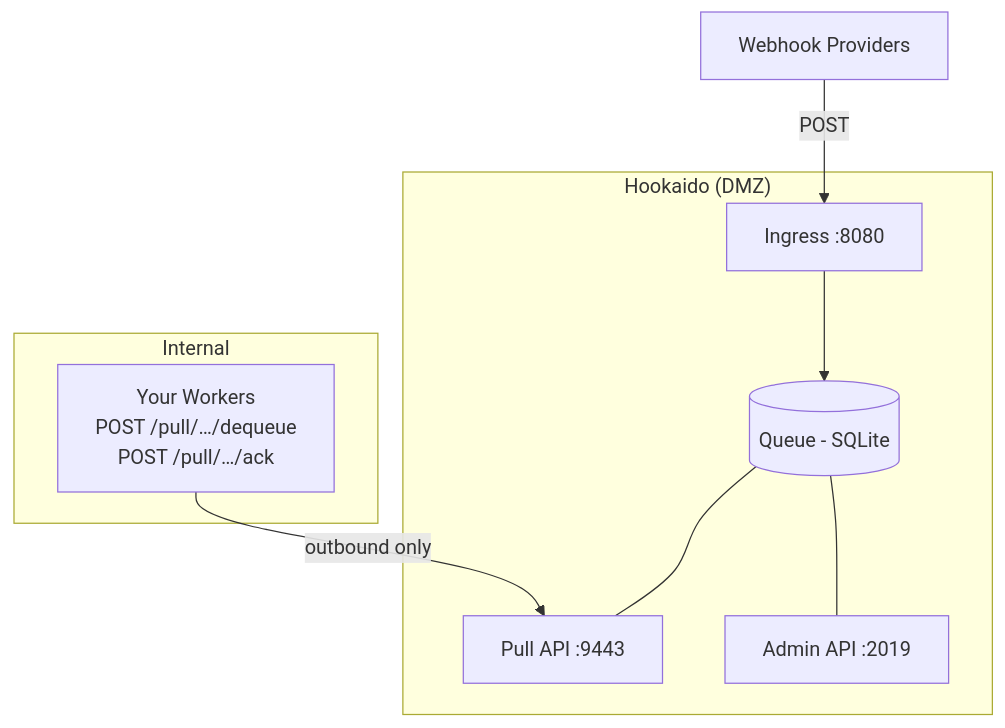
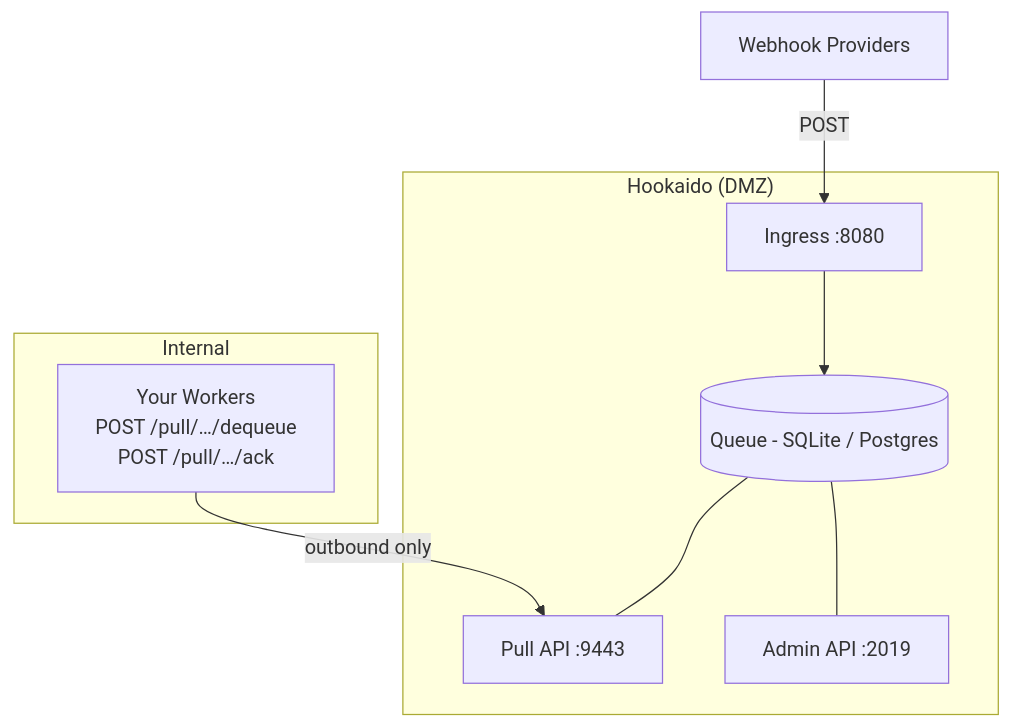
Before and after one commit to nuetzliches/hookaido: the first of 2 diagrams in docs/deployment-modes.md, drawn with Mermaid. The commit also changed 5 other files, not shown here.

````diff
--- a/docs/deployment-modes.md
+++ b/docs/deployment-modes.md
@@ -7,20 +7,20 @@
 ```mermaid
 graph TB
     WP[Webhook Providers] -->|POST| ING
 
     subgraph DMZ["Hookaido (DMZ)"]
         ING[Ingress :8080]
-        Q[(Queue - SQLite)]
+        Q[(Queue - SQLite / Postgres)]
         PULL[Pull API :9443]
         ADM[Admin API :2019]
         ING --> Q
         Q --- PULL
         Q --- ADM
     end
 
     subgraph Internal
         W[Your Workers<br>POST /pull/…/dequeue<br>POST /pull/…/ack]
     end
 
     W -->|outbound only| PULL
 ```
````
